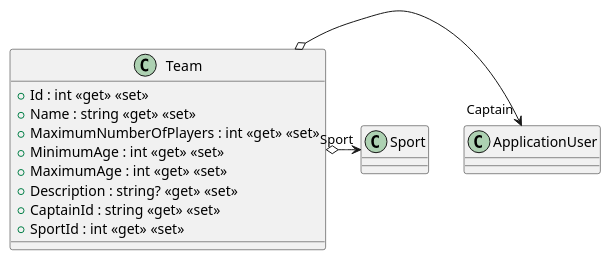
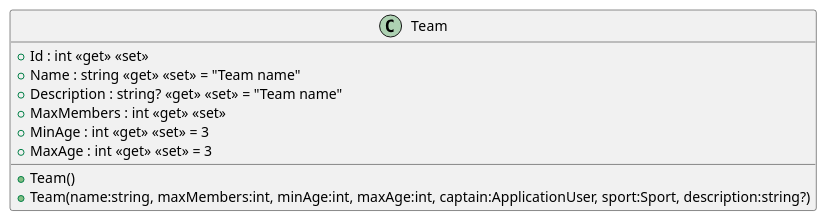
Before and after one commit to ISII2627Erasmus/Barca: the diagram in src/AppForSEII.API/ClassDiagram/Team.puml, drawn with PlantUML. The commit also changed 20 other files, not shown here.

```diff
--- a/src/AppForSEII.API/ClassDiagram/Team.puml
+++ b/src/AppForSEII.API/ClassDiagram/Team.puml
@@ -1,12 +1,12 @@
+@startuml
 class Team {
+    + Team()
+    + Team(name:string, maxMembers:int, minAge:int, maxAge:int, captain:ApplicationUser, sport:Sport, description:string?)
     + Id : int <<get>> <<set>>
-    + Name : string <<get>> <<set>>
-    + MaximumNumberOfPlayers : int <<get>> <<set>>
-    + MinimumAge : int <<get>> <<set>>
-    + MaximumAge : int <<get>> <<set>>
-    + Description : string? <<get>> <<set>>
-    + CaptainId : string <<get>> <<set>>
-    + SportId : int <<get>> <<set>>
+    + Name : string <<get>> <<set>> = "Team name"
+    + Description : string? <<get>> <<set>> = "Team name"
+    + MaxMembers : int <<get>> <<set>>
+    + MinAge : int <<get>> <<set>> = 3
+    + MaxAge : int <<get>> <<set>> = 3
 }
-Team o-> "Captain" ApplicationUser
-Team o-> "Sport" Sport
+@enduml
```
